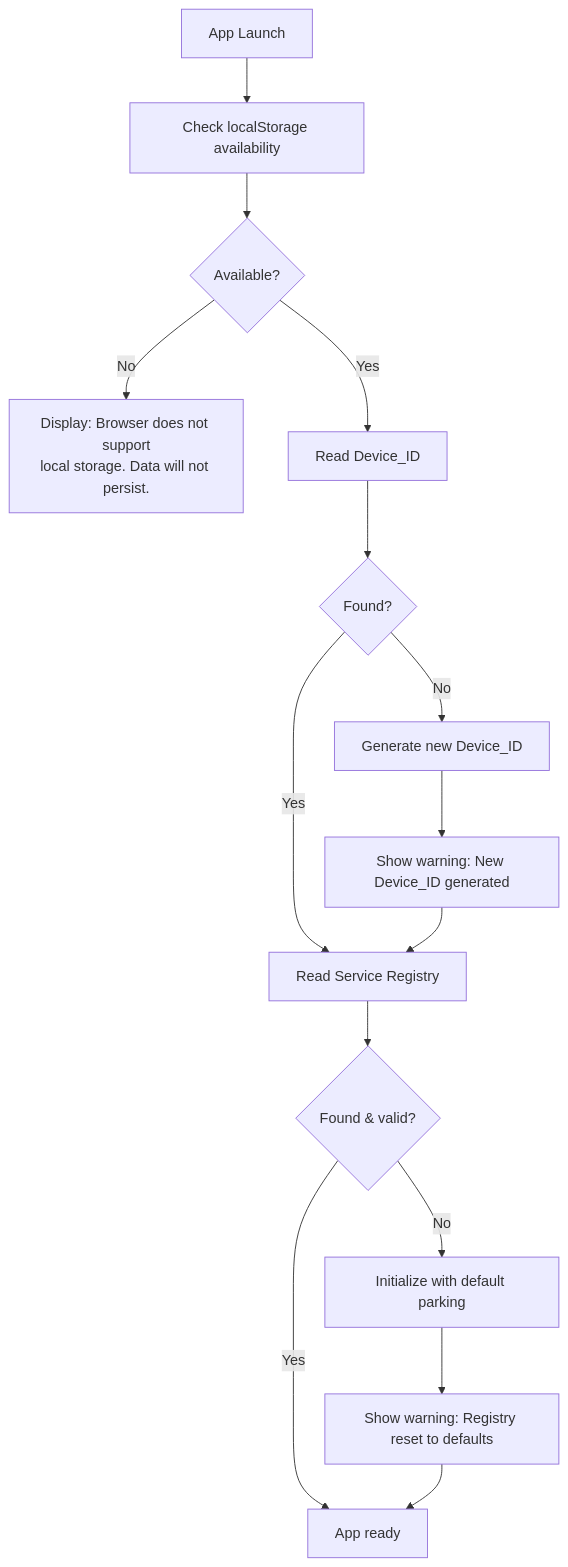
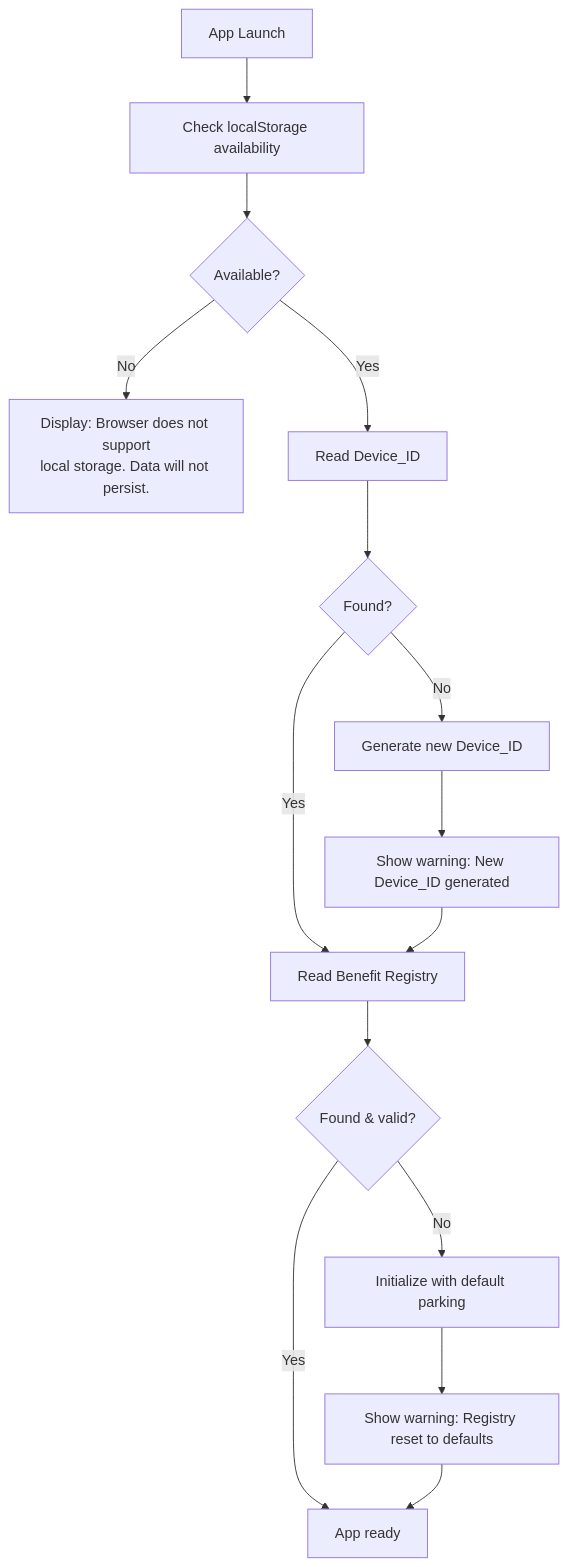
The fourth of 4 diagrams in docs/wiki/membership-benefit-card/04-Technical-Flows/Storage-Architecture.md (widdestoyud/assesment-s1-2026), drawn with Mermaid before and after one commit. The commit also changed other lines of this file and 31 other files, not shown here.

First line of the commit message:
docs(mbc): Update all documentation for ServiceType to BenefitType rename

````diff
--- a/docs/wiki/membership-benefit-card/04-Technical-Flows/Storage-Architecture.md
+++ b/docs/wiki/membership-benefit-card/04-Technical-Flows/Storage-Architecture.md
@@ -58,17 +58,17 @@
 ```mermaid
 flowchart TD
     A[App Launch] --> B[Check localStorage availability]
     B --> C{Available?}
     C -->|No| D[Display: Browser does not support<br/>local storage. Data will not persist.]
     C -->|Yes| E[Read Device_ID]
     E --> F{Found?}
     F -->|No| G[Generate new Device_ID]
     G --> H[Show warning: New Device_ID generated]
-    F -->|Yes| I[Read Service Registry]
+    F -->|Yes| I[Read Benefit Registry]
     I --> J{Found & valid?}
     J -->|No| K[Initialize with default parking]
     K --> L[Show warning: Registry reset to defaults]
     J -->|Yes| M[App ready]
     H --> I
     L --> M
 ```
````
